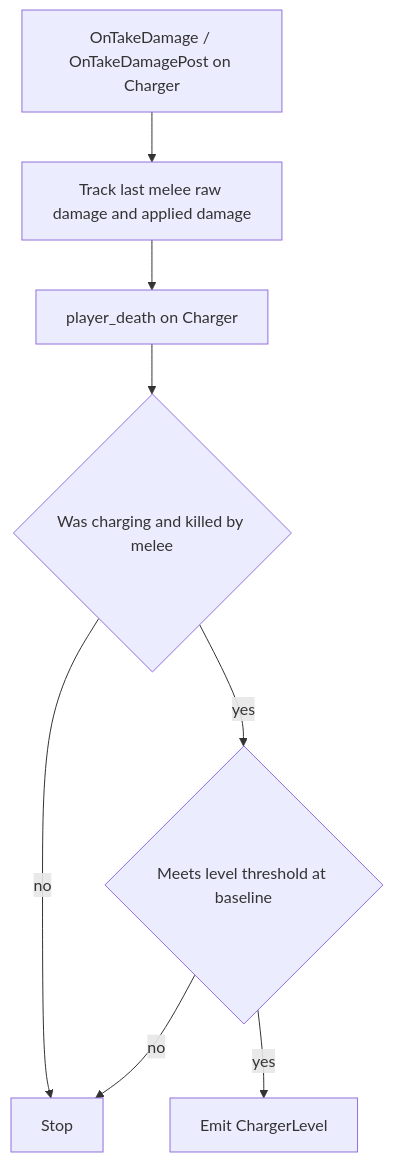
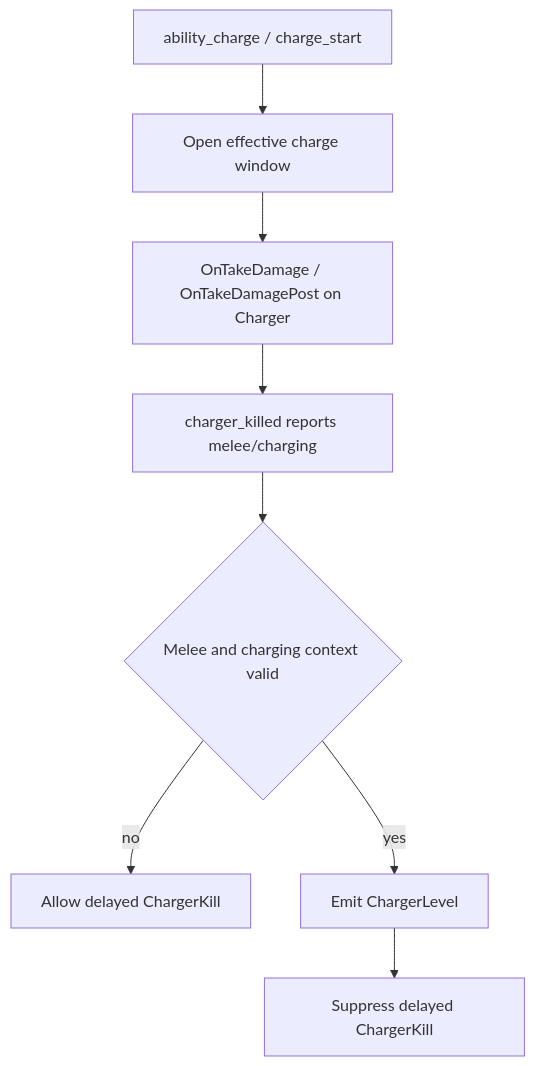
Before and after one commit to AoC-Gamers/L4D2-Player-Skills: the first of 4 diagrams in docs/l4d2-skills-flow-charger.md, drawn with Mermaid. The commit also changed other lines of this file and 5 other files, not shown here.

````diff
--- a/docs/l4d2-skills-flow-charger.md
+++ b/docs/l4d2-skills-flow-charger.md
@@ -47,10 +61,10 @@
 ```mermaid
 flowchart TD
-    A[OnTakeDamage / OnTakeDamagePost on Charger] --> B[Track last melee raw damage and applied damage]
-    B --> C[player_death on Charger]
-    C --> D{Was charging and killed by melee}
-    D -->|no| E[Stop]
-    D -->|yes| F{Meets level threshold at baseline}
-    F -->|yes| G[Emit ChargerLevel]
-    F -->|no| E
+    A[ability_charge / charge_start] --> B[Open effective charge window]
+    B --> C[OnTakeDamage / OnTakeDamagePost on Charger]
+    C --> D[charger_killed reports melee/charging]
+    D --> E{Melee and charging context valid}
+    E -->|no| F[Allow delayed ChargerKill]
+    E -->|yes| G[Emit ChargerLevel]
+    G --> H[Suppress delayed ChargerKill]
 ```
````
